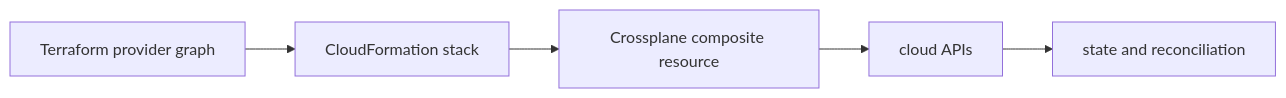
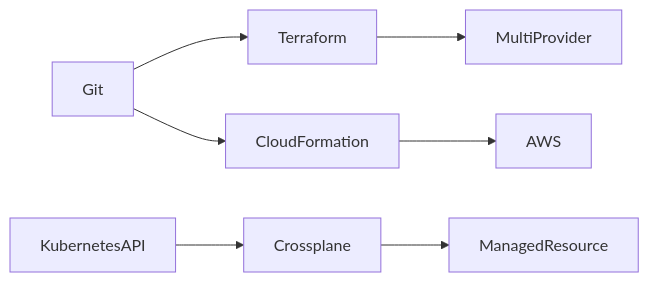
One commit to m1mohamad/devops-sre-prep changed the diagram in docs/study/iac/05-terraform-vs-cloudformation-vs-crossplane.md. Above: the diagram before and after it, drawn with Mermaid. The commit also changed other lines of this file and 106 other files, not shown here.

````diff
--- a/docs/study/iac/05-terraform-vs-cloudformation-vs-crossplane.md
+++ b/docs/study/iac/05-terraform-vs-cloudformation-vs-crossplane.md
@@ -15,4 +19,6 @@
 ```mermaid
 flowchart LR
-  N0[Terraform provider graph] --> N1[CloudFormation stack] --> N2[Crossplane composite resource] --> N3[cloud APIs] --> N4[state and reconciliation]
+  Git --> Terraform --> MultiProvider
+  Git --> CloudFormation --> AWS
+  KubernetesAPI --> Crossplane --> ManagedResource
 ```
````
